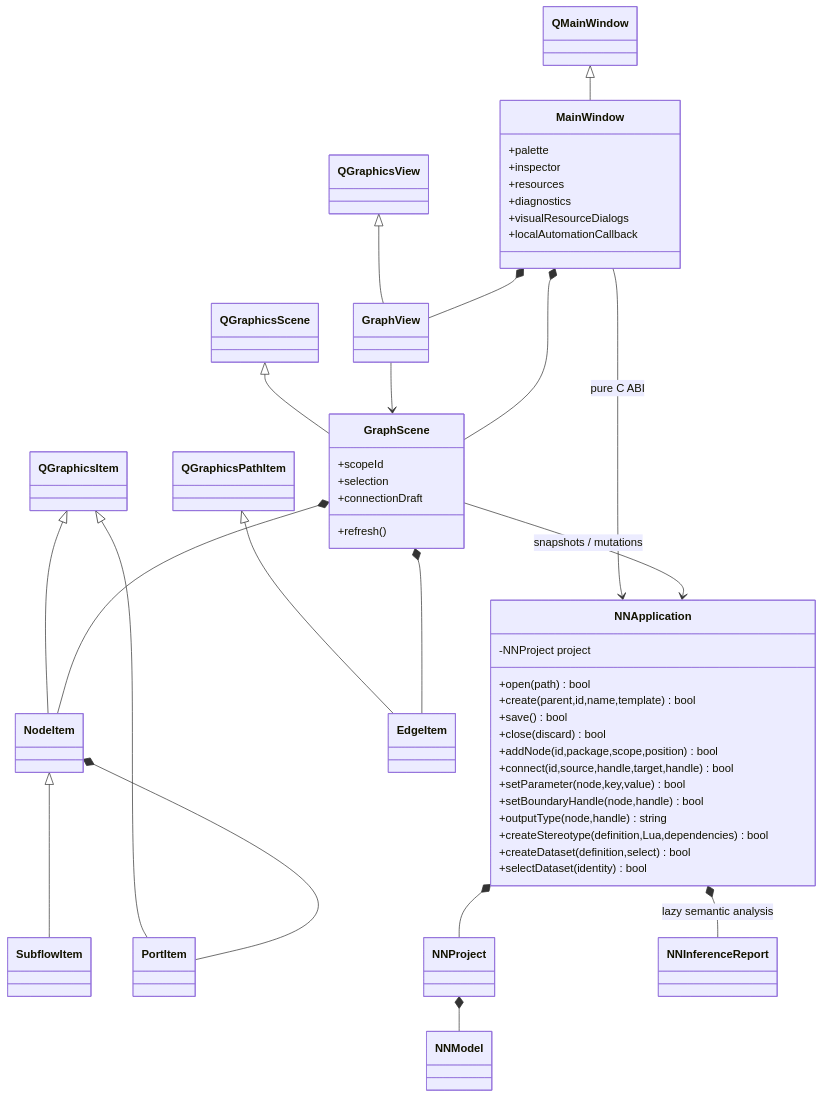
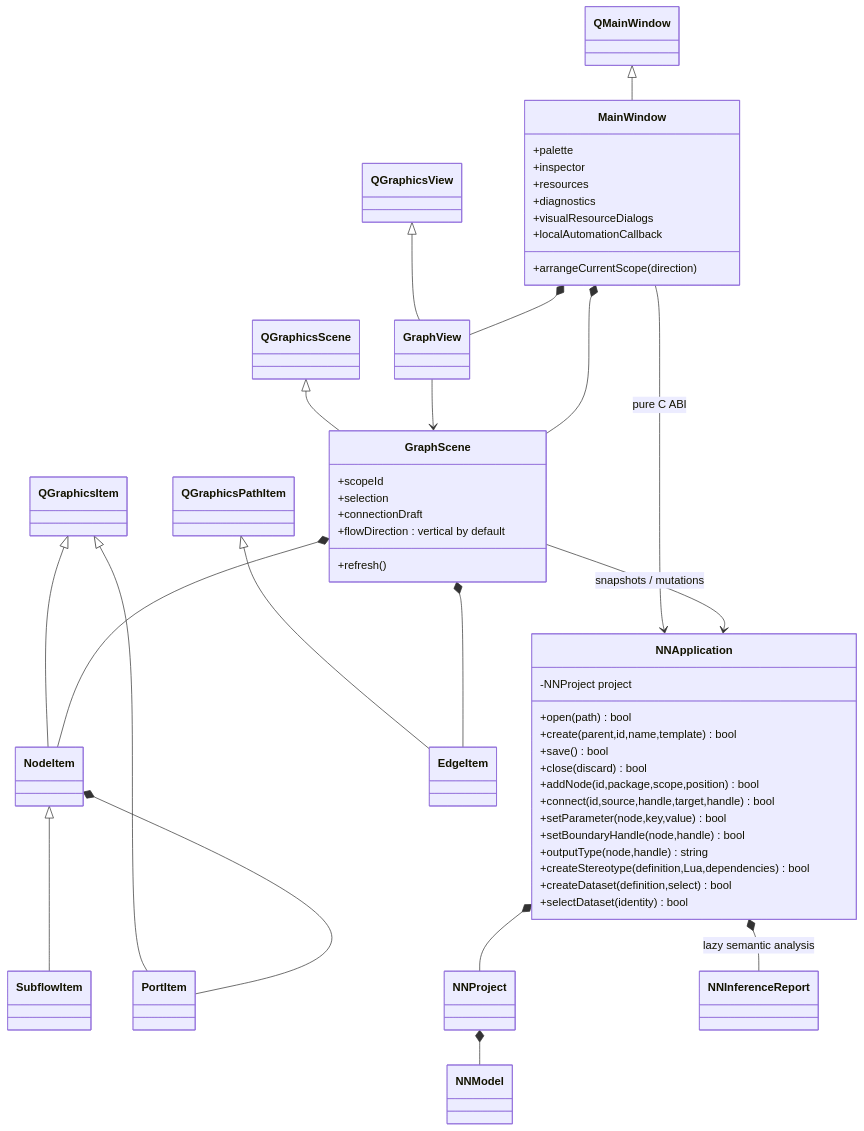
One commit to LucaSforza/nnmodelling-ui changed the diagram in docs/knowledge/uml/editor.md. Above: the diagram before and after it, drawn with Mermaid. The commit also changed other lines of this file and 3 other files, not shown here.

Commit message:
docs: define directed graph arrangement and fit

````diff
--- a/docs/knowledge/uml/editor.md
+++ b/docs/knowledge/uml/editor.md
@@ -8,50 +8,52 @@
 ```mermaid
 classDiagram
     class NNApplication {
       -NNProject project
       +open(path) bool
       +create(parent,id,name,template) bool
       +save() bool
       +close(discard) bool
       +addNode(id,package,scope,position) bool
       +connect(id,source,handle,target,handle) bool
       +setParameter(node,key,value) bool
       +setBoundaryHandle(node,handle) bool
       +outputType(node,handle) string
       +createStereotype(definition,Lua,dependencies) bool
       +createDataset(definition,select) bool
       +selectDataset(identity) bool
     }
     class MainWindow {
       +palette
       +inspector
       +resources
       +diagnostics
       +visualResourceDialogs
       +localAutomationCallback
+      +arrangeCurrentScope(direction)
     }
     class GraphScene {
       +scopeId
       +selection
       +connectionDraft
+      +flowDirection : vertical by default
       +refresh()
     }
     MainWindow --> NNApplication : pure C ABI
     QMainWindow <|-- MainWindow
     QGraphicsView <|-- GraphView
     QGraphicsScene <|-- GraphScene
     QGraphicsItem <|-- NodeItem
     NodeItem <|-- SubflowItem
     QGraphicsItem <|-- PortItem
     QGraphicsPathItem <|-- EdgeItem
     MainWindow *-- GraphView
     GraphView --> GraphScene
     GraphScene *-- NodeItem
     GraphScene *-- EdgeItem
     NodeItem *-- PortItem
     MainWindow *-- GraphScene
     GraphScene --> NNApplication : snapshots / mutations
     NNApplication *-- NNProject
     NNProject *-- NNModel
     NNApplication *-- NNInferenceReport : lazy semantic analysis
 ```
````
